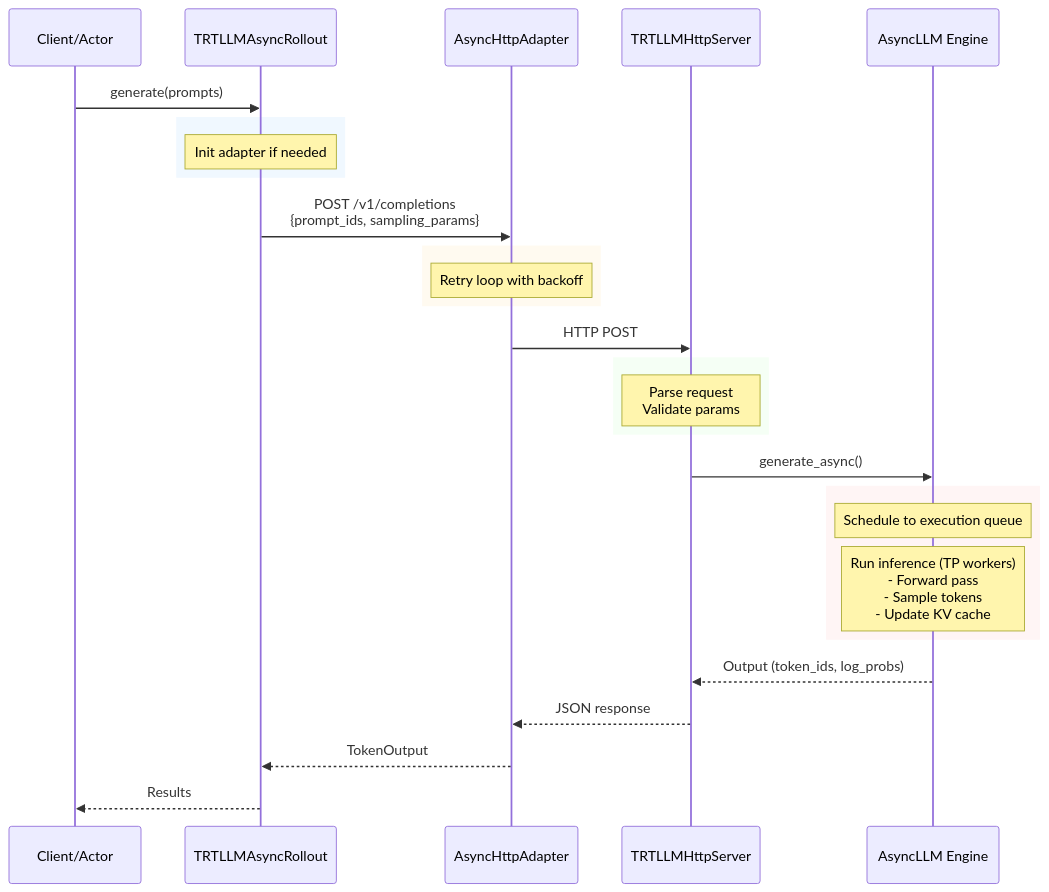
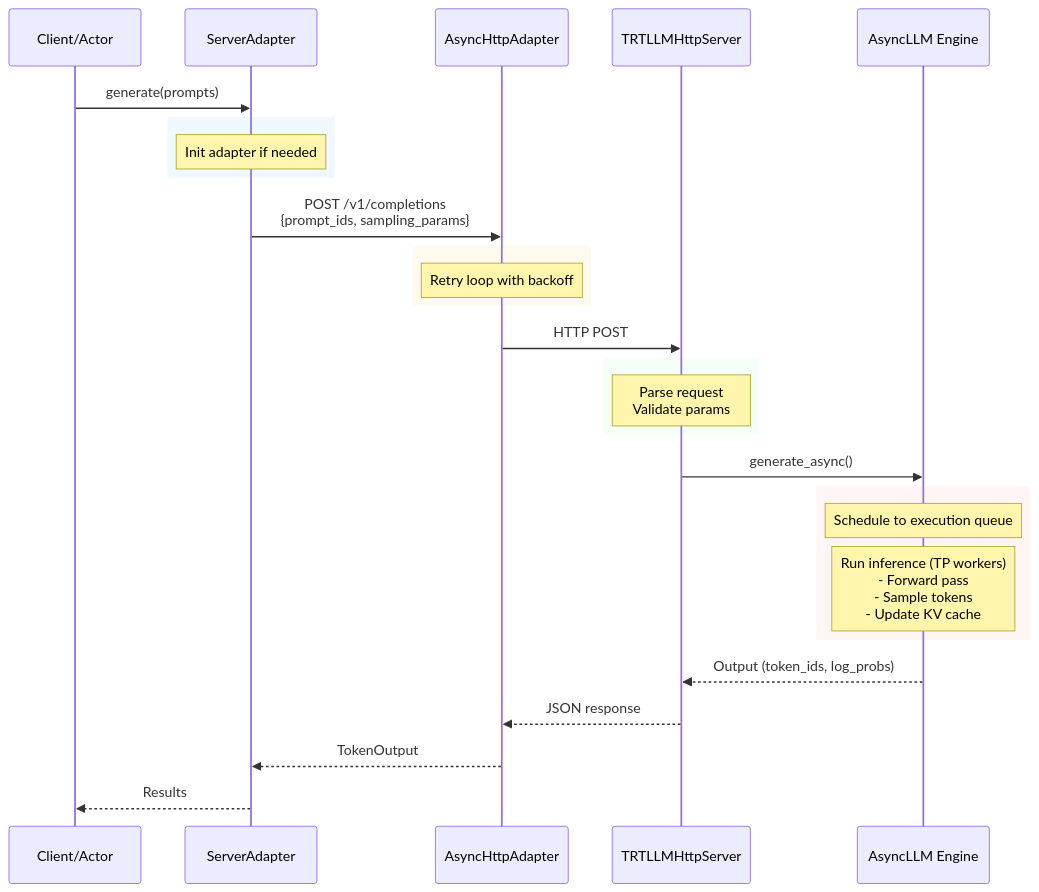
The fourth of 4 diagrams in verl/workers/rollout/trtllm_rollout/trtllm_async_rollout.md (joyang-nv/verl), drawn with Mermaid before and after one commit. The commit also changed other lines of this file and 3 other files, not shown here.

Commit message:
rename ServerAdapter

````diff
--- a/verl/workers/rollout/trtllm_rollout/trtllm_async_rollout.md
+++ b/verl/workers/rollout/trtllm_rollout/trtllm_async_rollout.md
@@ -256,39 +256,39 @@
 ```mermaid
 sequenceDiagram
     participant Client as Client/Actor
-    participant Rollout as TRTLLMAsyncRollout
+    participant Rollout as ServerAdapter
     participant Adapter as AsyncHttpAdapter
     participant Server as TRTLLMHttpServer
     participant AsyncLLM as AsyncLLM Engine
     
     Client->>Rollout: generate(prompts)
     
     rect rgb(240, 248, 255)
         Note over Rollout: Init adapter if needed
     end
     
     Rollout->>Adapter: POST /v1/completions<br/>{prompt_ids, sampling_params}
     
     rect rgb(255, 250, 240)
         Note over Adapter: Retry loop with backoff
     end
     
     Adapter->>Server: HTTP POST
     
     rect rgb(245, 255, 245)
         Note over Server: Parse request<br/>Validate params
     end
     
     Server->>AsyncLLM: generate_async()
     
     rect rgb(255, 245, 245)
         Note over AsyncLLM: Schedule to execution queue
         Note over AsyncLLM: Run inference (TP workers)<br/>- Forward pass<br/>- Sample tokens<br/>- Update KV cache
     end
     
     AsyncLLM-->>Server: Output (token_ids, log_probs)
     
     Server-->>Adapter: JSON response
     Adapter-->>Rollout: TokenOutput
     Rollout-->>Client: Results
 ```
````
